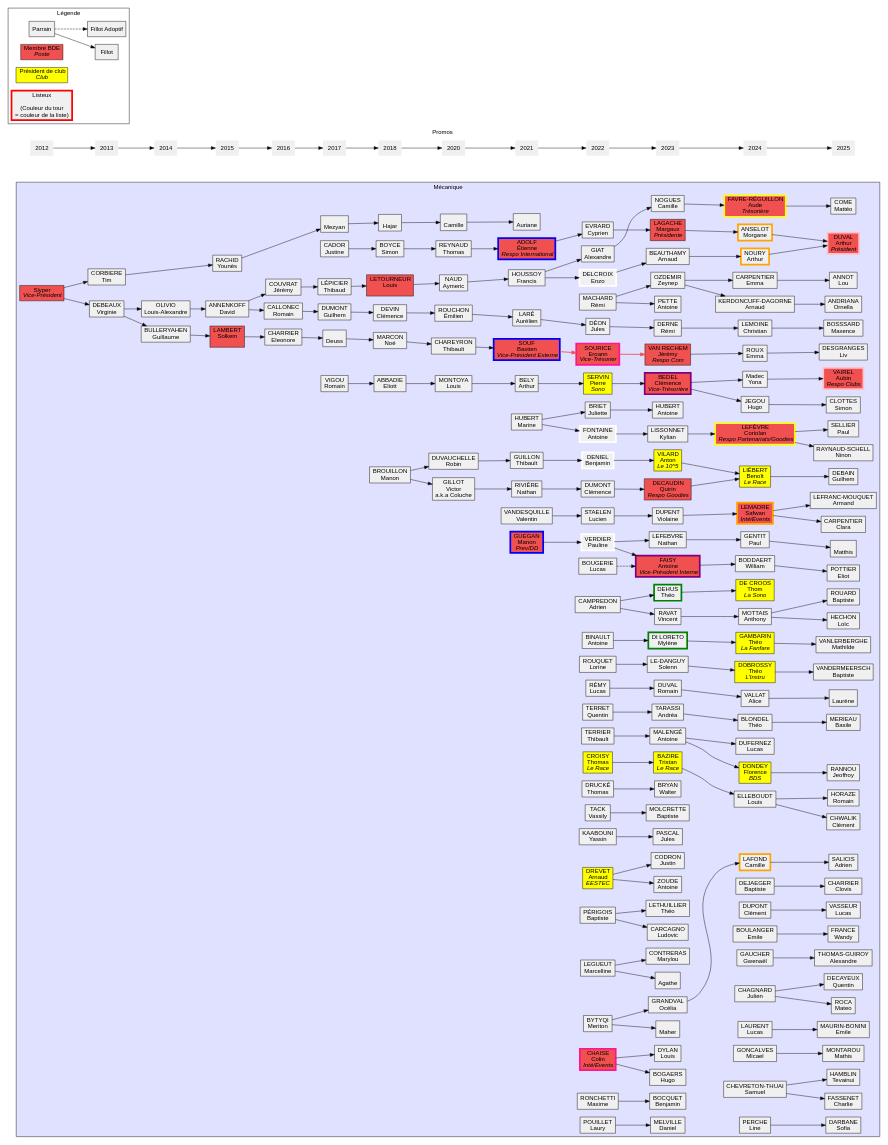
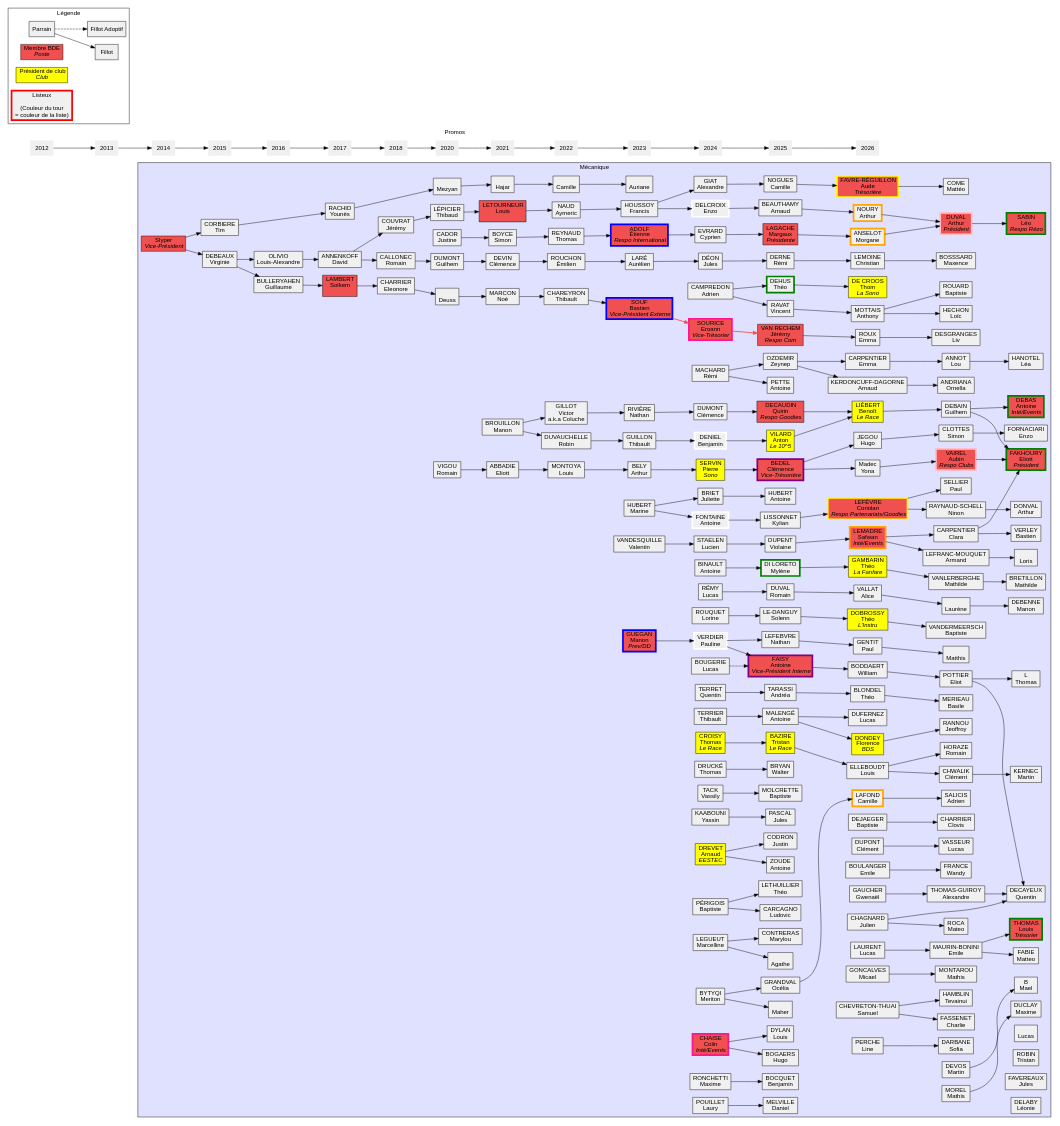
The diagram in meca.dot (Scruchet/poly_gen), drawn with Graphviz before and after one commit.

Commit message:
MECA DONE

```diff
--- a/meca.dot
+++ b/meca.dot
@@ -20,7 +20,7 @@
 		color = none;
 		node [shape = none];
 
-		"2012" -> "2013" -> "2014" -> "2015" -> "2016" -> "2017" -> "2018" -> "2020" -> "2021" -> "2022" -> "2023" -> "2024"-> "2025";
+		"2012" -> "2013" -> "2014" -> "2015" -> "2016" -> "2017" -> "2018" -> "2020" -> "2021" -> "2022" -> "2023" -> "2024"-> "2025" -> "2026";
 	}
     	subgraph cluster_legende {
 		label = "Légende";
@@ -372,12 +372,13 @@
 			ninonrayn   [label = "RAYNAUD-SCHELL\nNinon"];
 			ornellaan   [label = "ANDRIANA\nOrnella"];
 			paulselli   [label = "SELLIER\nPaul"];
-			quentindec  [label = "DECAYEUX\nQuentin"];
 			romainhoz   [label = "HORAZE\nRomain"];
 			simonclott  [label ="CLOTTES\nSimon"];
 			sofiadarb   [label = "DARBANE\nSofia"];
 			tevainuiha  [label = "HAMBLIN\nTevainui"];
 			wandyfr     [label = "FRANCE\nWandy"];
+			mdevos	[label = "DEVOS\nMartin"];
+			mmorel	[label = "MOREL\nMathis"];
 			}
             alicevall->laurene;
 			anthonymott->baptisterou;
@@ -416,23 +417,53 @@
 			theogamb->mathildeva;
 			williambodd->eliotpott;
 			yonamdc->aubinvairel;
-			
-        
-			
-			
-			
-			
-			
-			
-			
-			
-			
-			
-			
+{ rank = "same";
+			maelb		[label = "B\nMael"];
+			mkernec		[label = "KERNEC\nMartin"];
+			adebas		[label = <DEBAS<BR/>Antoine<BR/><I>Inté/Events</I>> fillcolor="#f05050" penwidth=4 color="green"];
+			lsabin		[label = <SABIN<BR/>Léo<BR/><I>Respo Rézo</I>> fillcolor="#f05050" penwidth=4 color="green"];
+			mfabie		[label = "FABIE\nMatteo"];
+			lthomas		[label = <THOMAS<BR/>Louis<BR/><I>Trésorier</I>> fillcolor="#f05050" penwidth=4 color="green"];
+			efakhoury	[label = <FAKHOURY<BR/>Eliott<BR/><I>Président</I>> fillcolor="#f05050" penwidth=4 color="green"];
+			lhanotel	[label = "HANOTEL\nLéa"];
+			mbretillon	[label = "BRETILLON\nMathilde"];
+			lucas		[label = "\nLucas"];
+			trobin		[label = "ROBIN\nTristan"];
+			jfavereaux	[label = "FAVEREAUX\nJules"];
+			ldelaby		[label = "DELABY\nLéonie"];
+			loris		[label = "\nLoris"];
+			mdebenne	[label = "DEBENNE\nManon"];
+			efornaciari	[label = "FORNACIARI\nEnzo"];
+			tl			[label = "L\nThomas"];
+			bverley		[label = "VERLEY\nBastien"];
+			quentindec  [label = "DECAYEUX\nQuentin"];
+			adonval		[label = "DONVAL\nArthur"];
+			mduclay		[label = "DUCLAY\nMaxime"];
+			}
+			mdevos->maelb;
+			guilhemdbn->adebas;
+			clementchw->mkernec;
+			arthurdvl->lsabin;
+			emilemaur->mfabie;
+			emilemaur->lthomas;
+			claracarp->efakhoury;
+			aubinvairel->efakhoury;
+			guilhemdbn->efakhoury;
+			louannot->lhanotel;
+			mathildeva->mbretillon;
+			armandlef->loris;
+			laurene->mdebenne;
+			simonclott->efornaciari;
+			eliotpott->tl;
+			claracarp->bverley;
+			eliotpott->quentindec;
+			alexandreth->quentindec;
+			ninonrayn->adonval;
+			mmorel->mduclay;
 	}
 
 	endnode [style=invis];
 
 	emmacarp -> endnode [style=invis];
-	"2024" -> endnode [style=invis];
+	"2026" -> endnode [style=invis];
 }
```
